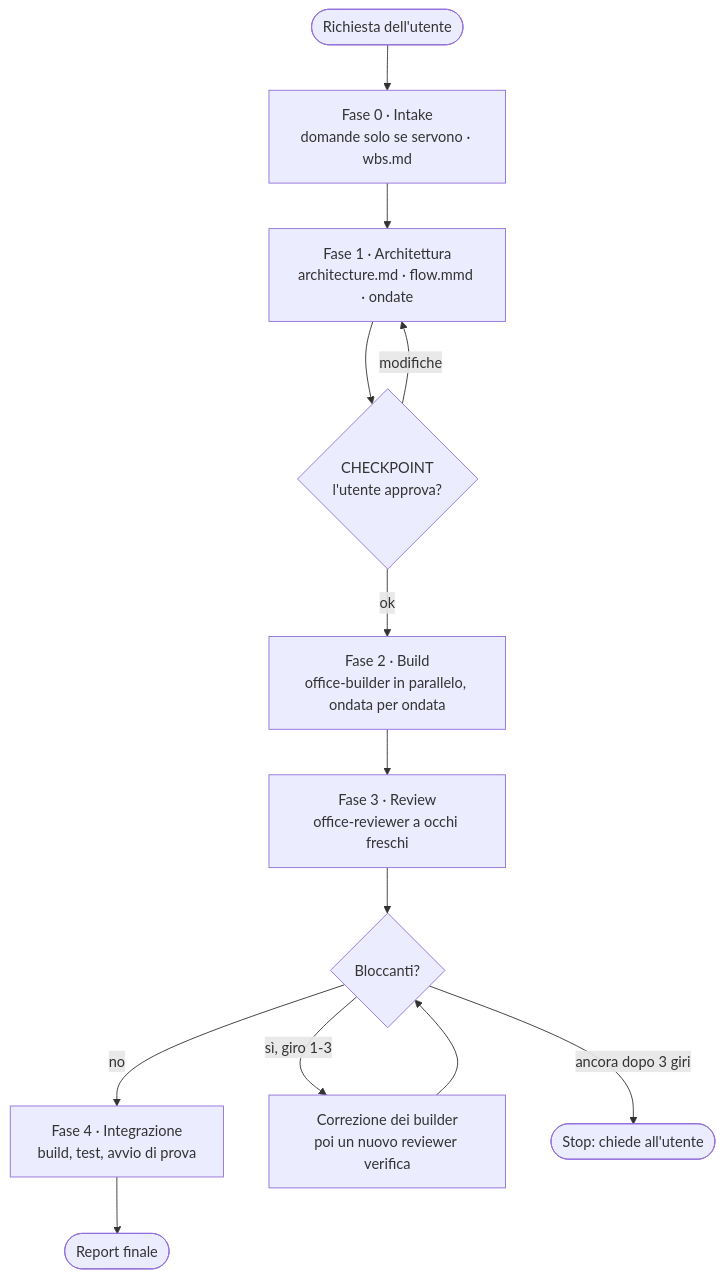
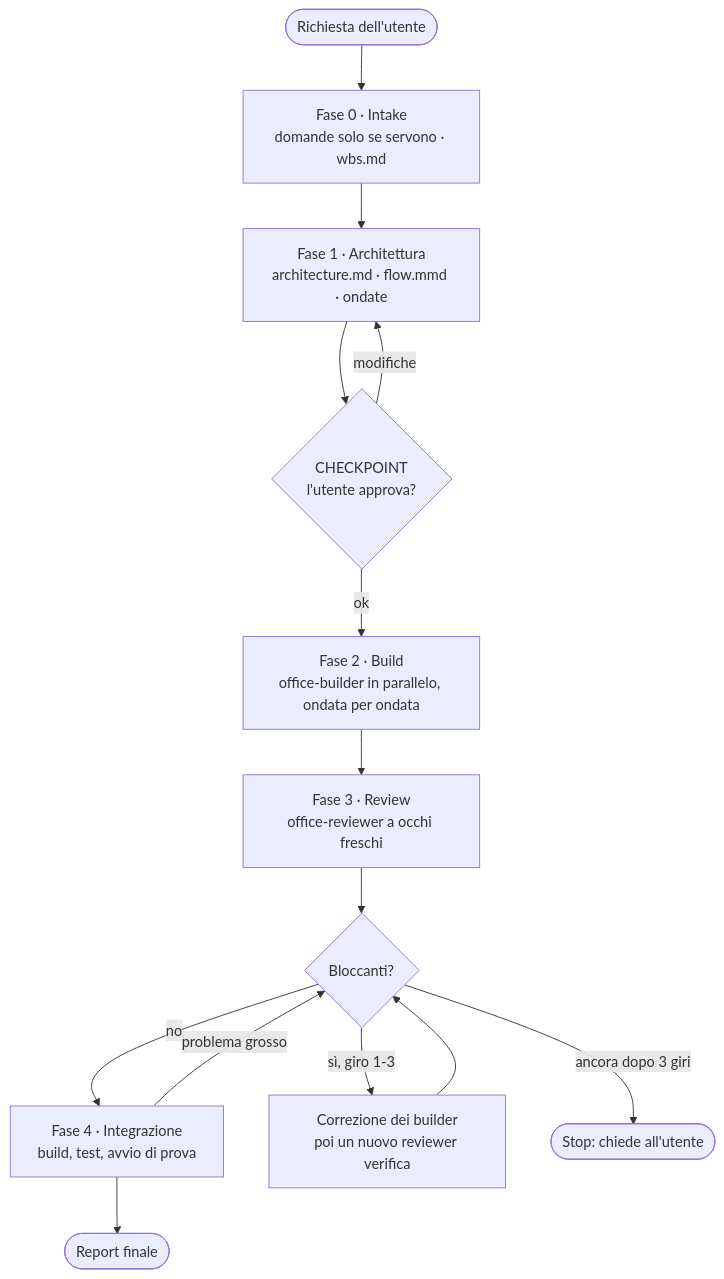
Before and after one commit to arkalinux0/agent-office: the diagram in README.md, drawn with Mermaid. The commit also changed other lines of this file and 14 other files, not shown here.

````diff
--- a/README.md
+++ b/README.md
@@ -94,15 +94,16 @@
 ```mermaid
 flowchart TD
     A(["Richiesta dell'utente"]) --> B["Fase 0 · Intake<br/>domande solo se servono · wbs.md"]
     B --> C["Fase 1 · Architettura<br/>architecture.md · flow.mmd · ondate"]
     C --> D{"CHECKPOINT<br/>l'utente approva?"}
     D -->|modifiche| C
     D -->|ok| E["Fase 2 · Build<br/>office-builder in parallelo, ondata per ondata"]
     E --> F["Fase 3 · Review<br/>office-reviewer a occhi freschi"]
     F --> G{"Bloccanti?"}
     G -->|no| I["Fase 4 · Integrazione<br/>build, test, avvio di prova"]
+    I -->|problema grosso| G
     G -->|sì, giro 1-3| H["Correzione dei builder<br/>poi un nuovo reviewer verifica"]
     H --> G
     G -->|ancora dopo 3 giri| U(["Stop: chiede all'utente"])
     I --> Z(["Report finale"])
 ```
````
